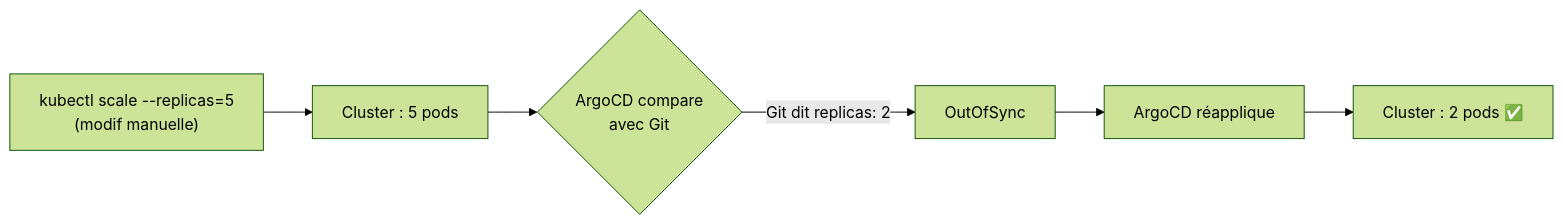
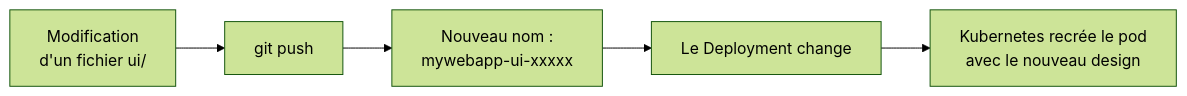
The ninth of 10 diagrams in README.md (sokhonad/k8s), drawn with Mermaid (forest theme) before and after one commit. The commit also changed other lines of this file, not shown here.

Commit message:
MyWebApp (Tomcat + PostgreSQL + design) et README

````diff
--- a/README.md
+++ b/README.md
@@ -244,8 +340,7 @@
 ```mermaid
 flowchart LR
-    a["kubectl scale --replicas=5<br/>(modif manuelle)"] --> b[Cluster : 5 pods]
-    b --> c{ArgoCD compare<br/>avec Git}
-    c -- "Git dit replicas: 2" --> d[OutOfSync]
-    d --> e[ArgoCD réapplique]
-    e --> f[Cluster : 2 pods ✅]
+    a[Modification<br/>d'un fichier ui/] --> b[git push]
+    b --> c[Nouveau nom :<br/>mywebapp-ui-xxxxx]
+    c --> d[Le Deployment change]
+    d --> e[Kubernetes recrée le pod<br/>avec le nouveau design]
 ```
````
